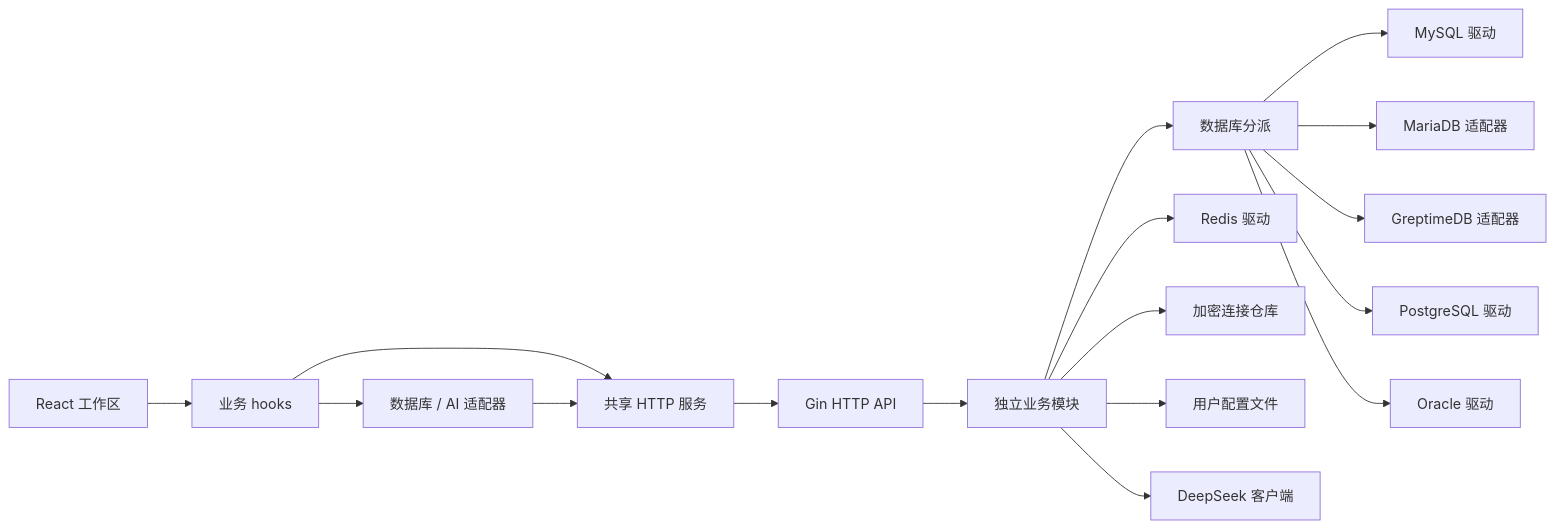
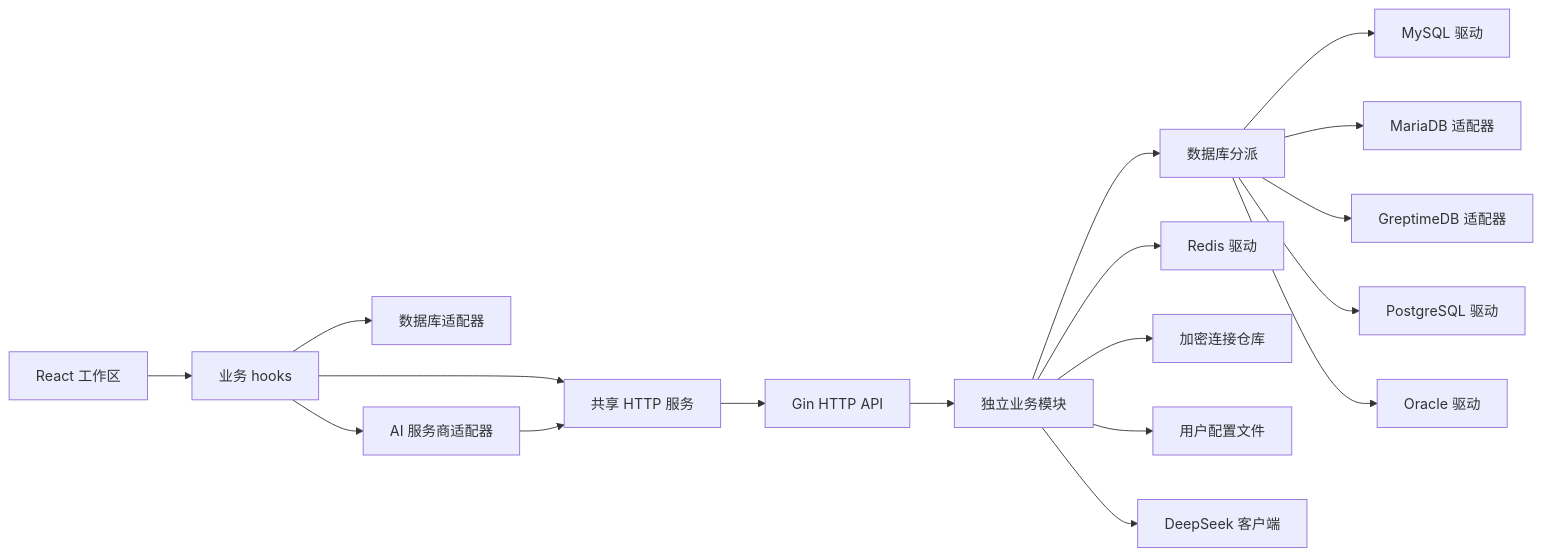
Before and after one commit to xiaozhang95/SQL-Studio: the diagram in docs/ARCHITECTURE.md, drawn with Mermaid. The commit also changed other lines of this file and 108 other files, not shown here.

````diff
--- a/docs/ARCHITECTURE.md
+++ b/docs/ARCHITECTURE.md
@@ -50,19 +51,20 @@
 ```mermaid
 flowchart LR
   UI[React 工作区] --> Hooks[业务 hooks]
-  Hooks --> Adapter[数据库 / AI 适配器]
+  Hooks --> Adapter[数据库适配器]
+  Hooks --> AI[AI 服务商适配器]
   Hooks --> HTTP[共享 HTTP 服务]
-  Adapter --> HTTP
+  AI --> HTTP
   HTTP --> Gin[Gin HTTP API]
   Gin --> Modules[独立业务模块]
   Modules --> Engines[数据库分派]
   Engines --> MySQL[MySQL 驱动]
   Engines --> MariaDB[MariaDB 适配器]
   Engines --> GreptimeDB[GreptimeDB 适配器]
   Engines --> PG[PostgreSQL 驱动]
   Engines --> Oracle[Oracle 驱动]
   Modules --> Redis[Redis 驱动]
   Modules --> Connections[加密连接仓库]
   Modules --> State[用户配置文件]
   Modules --> DeepSeek[DeepSeek 客户端]
 ```
````
